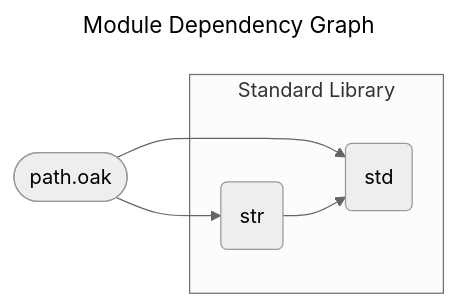
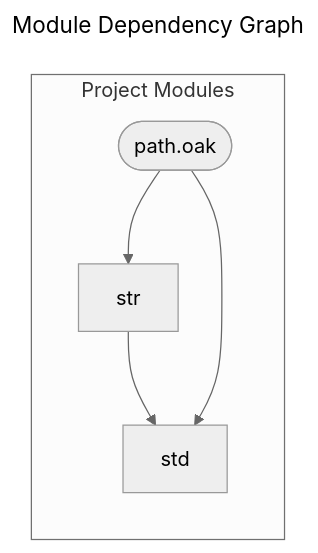
One commit to SpcFORK/magnolia changed the diagram in docs/spec/path.mmd. Above: the diagram before and after it, drawn with Mermaid (neutral theme). The commit also changed 373 other files, not shown here.

Commit message:
Refactor module dependency graphs and update imports across various specifications

```diff
--- a/docs/spec/path.mmd
+++ b/docs/spec/path.mmd
@@ -1,12 +1,12 @@
 ---
 title: Module Dependency Graph
 ---
 flowchart LR
-    lib_path_oak(["path.oak"])
-    subgraph stdlib_core ["Standard Library"]
-        std("std")
-        str("str")
+    subgraph project_modules ["Project Modules"]
+        std["std"]
+        str["str"]
+        lib_path_oak(["path.oak"])
     end
+    str --> std
     lib_path_oak --> std
     lib_path_oak --> str
-    str --> std
```
